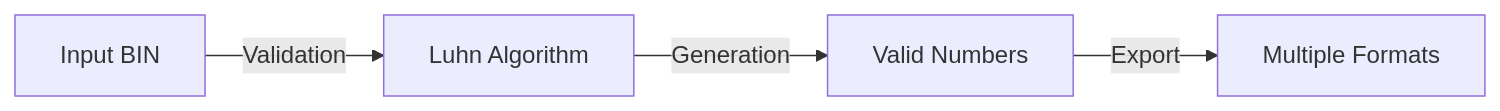
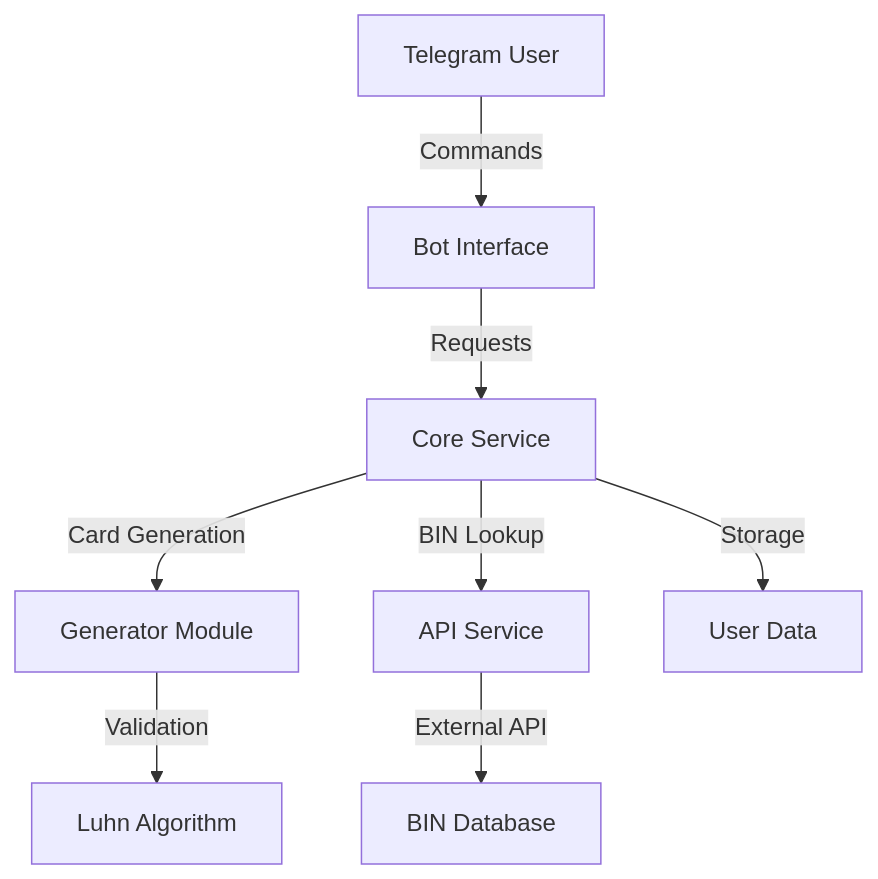
Before and after one commit to mat1520/Credit-Card-Gen-Luhn: the diagram in README.md, drawn with Mermaid. The commit also changed other lines of this file and 432 other files, not shown here.

Commit message:
Initial commit: Credit Card Generator with Luhn Algorithm

````diff
--- a/README.md
+++ b/README.md
@@ -59,6 +56,10 @@
 ```mermaid
-graph LR
-    A[Input BIN] -->|Validation| B[Luhn Algorithm]
-    B -->|Generation| C[Valid Numbers]
-    C -->|Export| D[Multiple Formats]
+graph TD
+    A[Telegram User] -->|Commands| B[Bot Interface]
+    B -->|Requests| C[Core Service]
+    C -->|Card Generation| D[Generator Module]
+    C -->|BIN Lookup| E[API Service]
+    D -->|Validation| F[Luhn Algorithm]
+    E -->|External API| G[BIN Database]
+    C -->|Storage| H[User Data]
 ```
````
